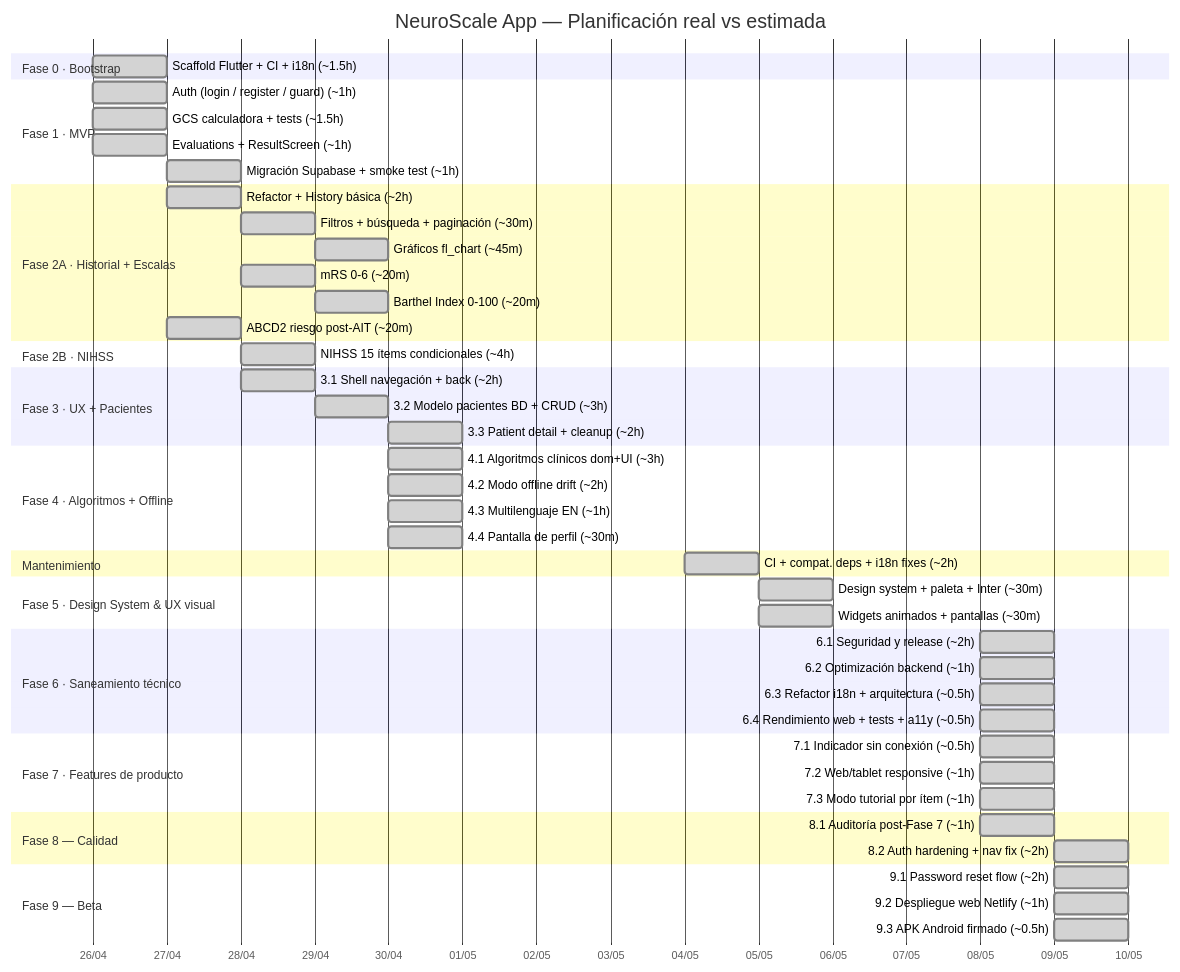
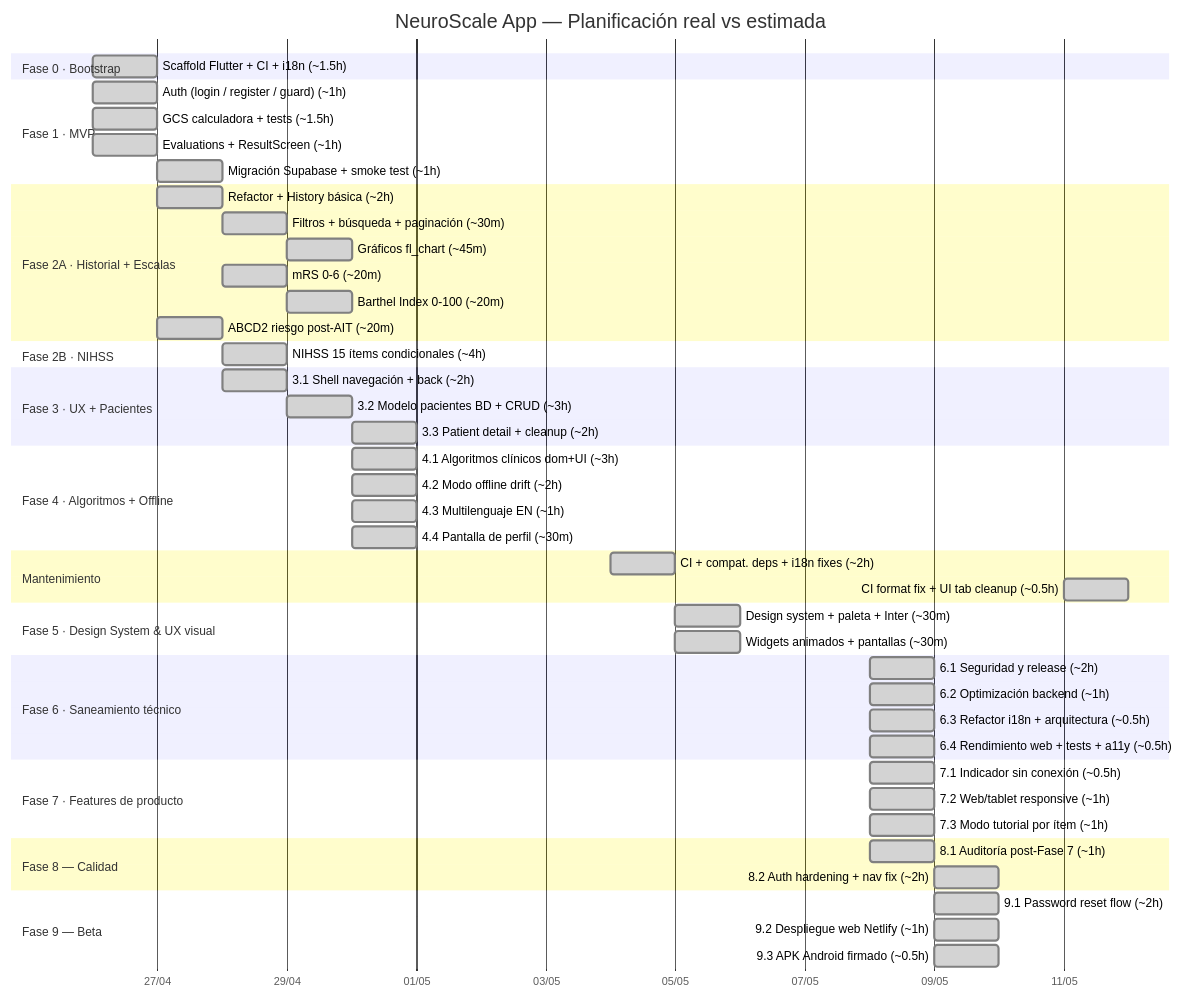
The diagram in README.md (grisllo/NeuroScaleApp), drawn with Mermaid before and after one commit. The commit also changed other lines of this file, not shown here.

Commit message:
docs(gantt): registrar fixes de mantenimiento 2026-05-11 en Gantt

````diff
--- a/README.md
+++ b/README.md
@@ -13,62 +13,63 @@
 ```mermaid
 gantt
     title NeuroScale App — Planificación real vs estimada
     dateFormat  YYYY-MM-DD
     axisFormat  %d/%m
 
     section Fase 0 · Bootstrap
     Scaffold Flutter + CI + i18n (~1.5h)      :done, f0,   2026-04-26, 1d
 
     section Fase 1 · MVP
     Auth (login / register / guard) (~1h)     :done, f1a,  2026-04-26, 1d
     GCS calculadora + tests (~1.5h)           :done, f1b,  2026-04-26, 1d
     Evaluations + ResultScreen (~1h)          :done, f1c,  2026-04-26, 1d
     Migración Supabase + smoke test (~1h)     :done, f1d,  2026-04-27, 1d
 
     section Fase 2A · Historial + Escalas
     Refactor + History básica (~2h)           :done, f2a1, 2026-04-27, 1d
     Filtros + búsqueda + paginación (~30m)    :done, f2a2, after f2a1, 1d
     Gráficos fl_chart (~45m)                  :done, f2a3, after f2a2, 1d
     mRS 0-6 (~20m)                            :done, f2a4, after f2a1, 1d
     Barthel Index 0-100 (~20m)                :done, f2a5, after f2a4, 1d
     ABCD2 riesgo post-AIT (~20m)              :done, f2a6, 2026-04-27, 1d
 
     section Fase 2B · NIHSS
     NIHSS 15 ítems condicionales (~4h)        :done, f2b,  2026-04-28, 1d
 
     section Fase 3 · UX + Pacientes
     3.1 Shell navegación + back (~2h)         :done, f3a,  2026-04-28, 1d
     3.2 Modelo pacientes BD + CRUD (~3h)      :done, f3b,  2026-04-29, 1d
     3.3 Patient detail + cleanup (~2h)        :done, f3c,  2026-04-30, 1d
 
     section Fase 4 · Algoritmos + Offline
     4.1 Algoritmos clínicos dom+UI (~3h)      :done, f4a,  2026-04-30, 1d
     4.2 Modo offline drift (~2h)              :done, f4b,  2026-04-30, 1d
     4.3 Multilenguaje EN (~1h)                :done, f4c,  2026-04-30, 1d
     4.4 Pantalla de perfil (~30m)             :done, f4d,  2026-04-30, 1d
 
     section Mantenimiento
     CI + compat. deps + i18n fixes (~2h)      :done, mnt,  2026-05-04, 1d
+    CI format fix + UI tab cleanup (~0.5h)    :done, mnt2, 2026-05-11, 1d
 
     section Fase 5 · Design System & UX visual
     Design system + paleta + Inter (~30m)     :done, f5a,  2026-05-05, 1d
     Widgets animados + pantallas (~30m)       :done, f5b,  2026-05-05, 1d
 
     section Fase 6 · Saneamiento técnico
     6.1 Seguridad y release (~2h)             :done, f6a,  2026-05-08, 1d
     6.2 Optimización backend (~1h)            :done, f6b,  2026-05-08, 1d
     6.3 Refactor i18n + arquitectura (~0.5h)  :done, f6c,  2026-05-08, 1d
     6.4 Rendimiento web + tests + a11y (~0.5h):done, f6d,  2026-05-08, 1d
 
     section Fase 7 · Features de producto
     7.1 Indicador sin conexión (~0.5h)        :done, f7a,  2026-05-08, 1d
     7.2 Web/tablet responsive (~1h)           :done, f7b,  2026-05-08, 1d
     7.3 Modo tutorial por ítem (~1h)          :done, f7c,  2026-05-08, 1d
     section Fase 8 — Calidad
     8.1 Auditoría post-Fase 7 (~1h)           :done, f8a,  2026-05-08, 1d
     8.2 Auth hardening + nav fix (~2h)        :done, f8b,  2026-05-09, 1d
     section Fase 9 — Beta
     9.1 Password reset flow (~2h)             :done, f9a,  2026-05-09, 1d
     9.2 Despliegue web Netlify (~1h)          :done, f9b,  2026-05-09, 1d
     9.3 APK Android firmado (~0.5h)           :done, f9c,  2026-05-09, 1d
 ```
````
